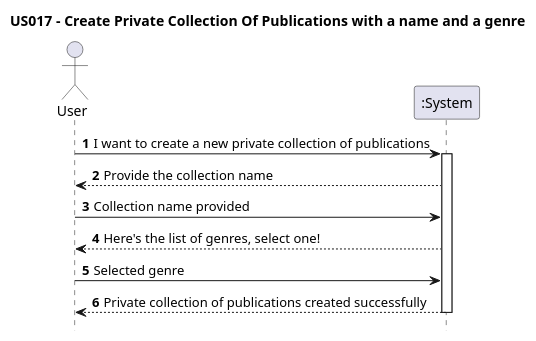
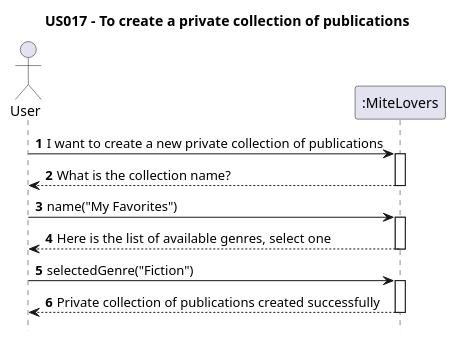
One commit to AndrePereiraGitH/SWitCH-Project-Team_A changed the diagram in Diagrams/SequenceDiagrams/N1/US017-to-create-private-publications-list.puml. Above: the diagram before and after it, drawn with PlantUML. The commit also changed other lines of this file and 6 other files, not shown here.

Commit message:
docs #575: update US017 diagrams to reflect DDD architecture

```diff
--- a/Diagrams/SequenceDiagrams/N1/US017-to-create-private-publications-list.puml
+++ b/Diagrams/SequenceDiagrams/N1/US017-to-create-private-publications-list.puml
@@ -1,22 +1,24 @@
 @startuml
+hide footbox
 autonumber
-hide footbox
-
-title US017 - Create Private Collection Of Publications with a name and a genre
+title US017 - To create a private collection of publications
 
 actor "User" as User
-participant ":System" as System
+participant ":MiteLovers" as UI
 
-User -> System : I want to create a new private collection of publications
-activate System
+User -> UI : I want to create a new private collection of publications
+activate UI
+UI --> User : What is the collection name?
+deactivate UI
 
-System --> User : Provide the collection name
-User -> System : Collection name provided
+User -> UI : name("My Favorites")
+activate UI
+UI --> User : Here is the list of available genres, select one
+deactivate UI
 
-System --> User : Here's the list of genres, select one!
-User -> System : Selected genre
-
-System --> User : Private collection of publications created successfully
-deactivate System
+User -> UI : selectedGenre("Fiction")
+activate UI
+UI --> User : Private collection of publications created successfully
+deactivate UI
 
 @enduml
```
